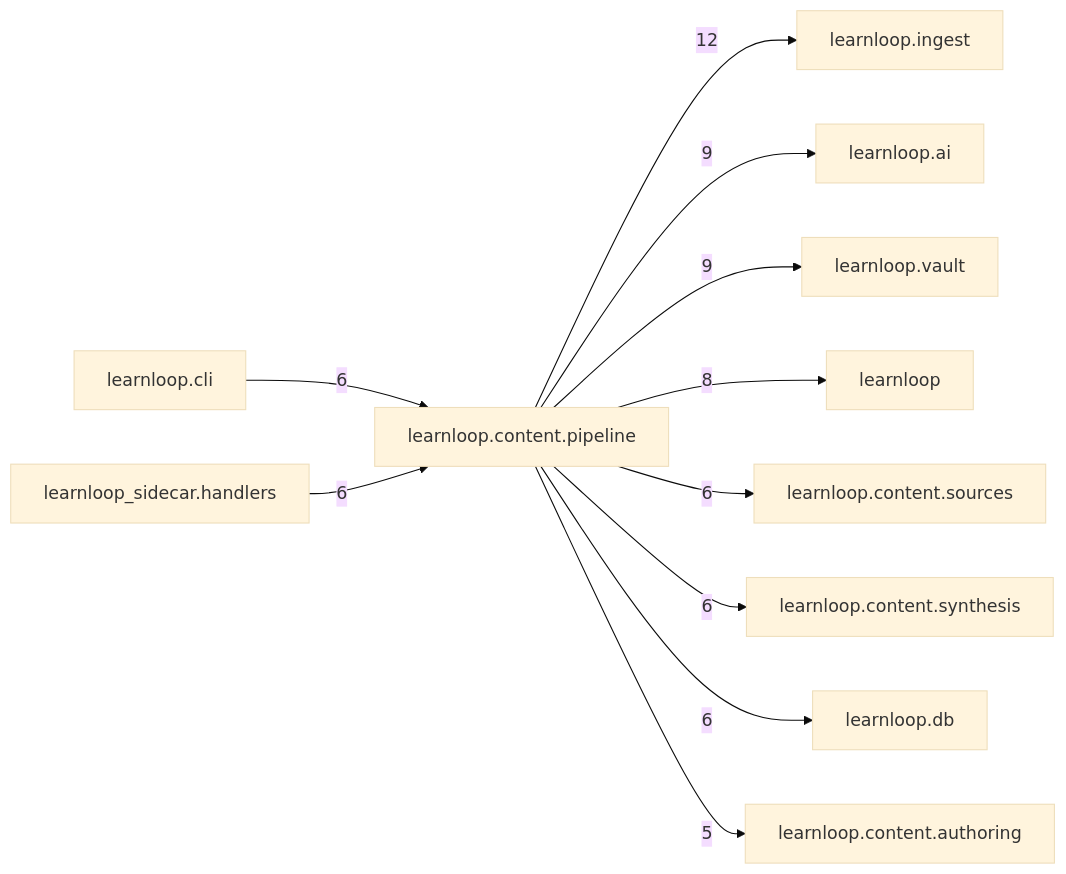
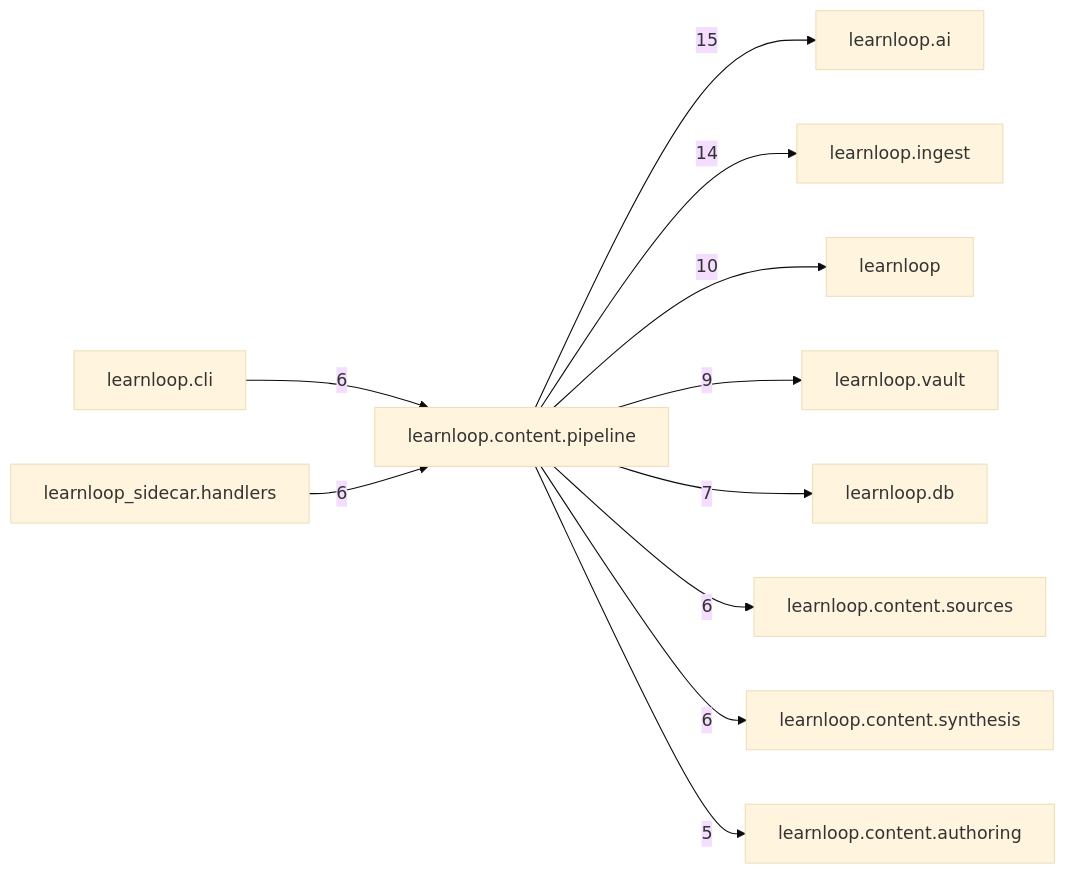
The diagram in docs/learnloop-architecture-vault/Reference/Modules/learnloop/content/pipeline/_package.md (6up-b/learnanything), drawn with Mermaid (base theme) before and after one commit. The commit also changed other lines of this file and 633 other files, not shown here.

````diff
--- a/docs/learnloop-architecture-vault/Reference/Modules/learnloop/content/pipeline/_package.md
+++ b/docs/learnloop-architecture-vault/Reference/Modules/learnloop/content/pipeline/_package.md
@@ -98,24 +99,24 @@
 ```mermaid
 flowchart LR
     center["learnloop.content.pipeline"]
+    n_learnloop_ai["learnloop.ai"]
     n_learnloop_ingest["learnloop.ingest"]
-    n_learnloop_ai["learnloop.ai"]
+    n_learnloop["learnloop"]
     n_learnloop_vault["learnloop.vault"]
-    n_learnloop["learnloop"]
+    n_learnloop_db["learnloop.db"]
     n_learnloop_cli["learnloop.cli"]
     n_learnloop_content_sources["learnloop.content.sources"]
     n_learnloop_content_synthesis["learnloop.content.synthesis"]
-    n_learnloop_db["learnloop.db"]
     n_learnloop_sidecar_handlers["learnloop_sidecar.handlers"]
     n_learnloop_content_authoring["learnloop.content.authoring"]
-    center -->|12| n_learnloop_ingest
-    center -->|9| n_learnloop_ai
+    center -->|15| n_learnloop_ai
+    center -->|14| n_learnloop_ingest
+    center -->|10| n_learnloop
     center -->|9| n_learnloop_vault
-    center -->|8| n_learnloop
+    center -->|7| n_learnloop_db
     n_learnloop_cli -->|6| center
     center -->|6| n_learnloop_content_sources
     center -->|6| n_learnloop_content_synthesis
-    center -->|6| n_learnloop_db
     n_learnloop_sidecar_handlers -->|6| center
     center -->|5| n_learnloop_content_authoring
 ```
````
